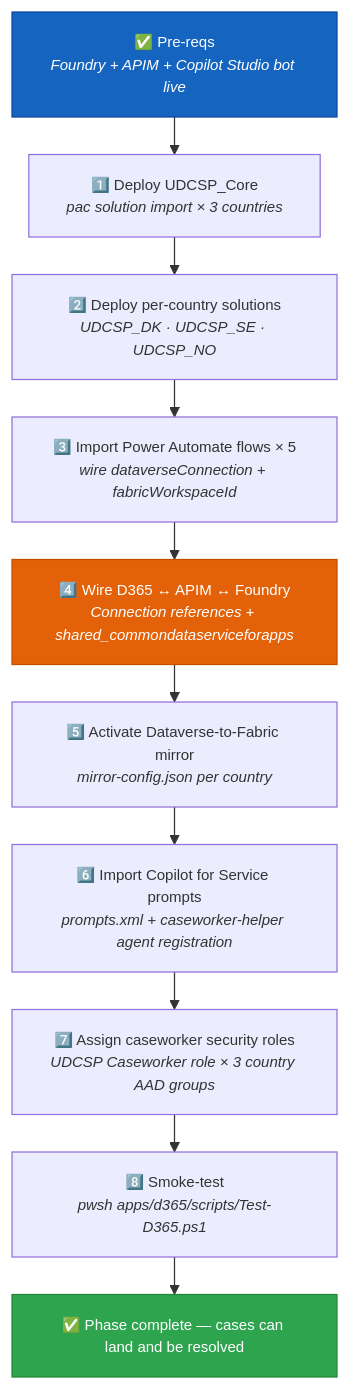
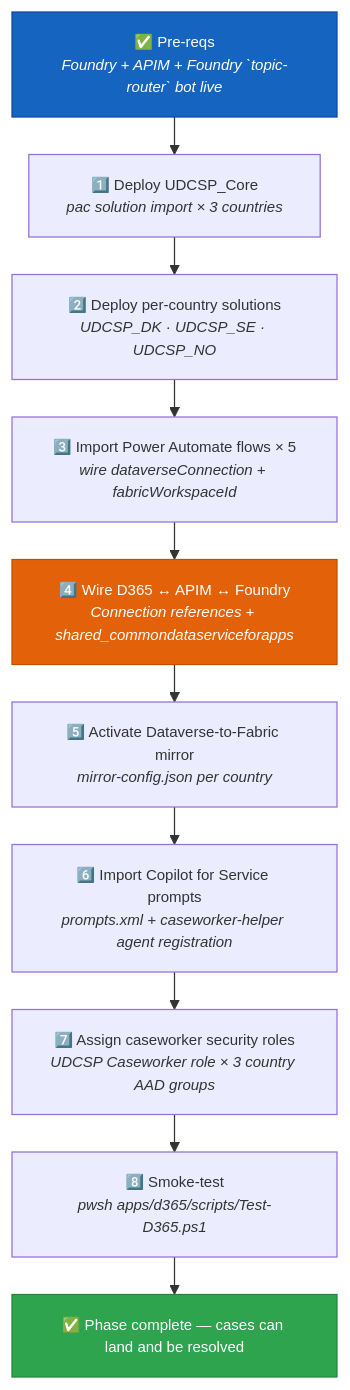
One commit to fredgis/UDCSP changed the fourth of 4 diagrams in docs/biz/caseworker.md. Above: the diagram before and after it, drawn with Mermaid. The commit also changed other lines of this file and 193 other files, not shown here.

````diff
--- a/docs/biz/caseworker.md
+++ b/docs/biz/caseworker.md
@@ -400,20 +403,20 @@
 ```mermaid
 %%{ init: { 'flowchart': { 'nodeSpacing': 25, 'rankSpacing': 30 }, 'themeVariables': { 'fontSize': '12px' } } }%%
 flowchart TB
-    P0["✅ Pre-reqs<br/><i>Foundry + APIM + Copilot Studio bot live</i>"]
+    P0["✅ Pre-reqs<br/><i>Foundry + APIM + Foundry `topic-router` bot live</i>"]
     P1["1️⃣ Deploy UDCSP_Core<br/><i>pac solution import × 3 countries</i>"]
     P2["2️⃣ Deploy per-country solutions<br/><i>UDCSP_DK · UDCSP_SE · UDCSP_NO</i>"]
     P3["3️⃣ Import Power Automate flows × 5<br/><i>wire dataverseConnection + fabricWorkspaceId</i>"]
     P4["4️⃣ Wire D365 ↔ APIM ↔ Foundry<br/><i>Connection references + shared_commondataserviceforapps</i>"]
     P5["5️⃣ Activate Dataverse-to-Fabric mirror<br/><i>mirror-config.json per country</i>"]
     P6["6️⃣ Import Copilot for Service prompts<br/><i>prompts.xml + caseworker-helper agent registration</i>"]
     P7["7️⃣ Assign caseworker security roles<br/><i>UDCSP Caseworker role × 3 country AAD groups</i>"]
     P8["8️⃣ Smoke-test<br/><i>pwsh apps/d365/scripts/Test-D365.ps1</i>"]
     P9["✅ Phase complete — cases can land and be resolved"]
 
     P0 --> P1 --> P2 --> P3 --> P4 --> P5 --> P6 --> P7 --> P8 --> P9
 
     style P0 fill:#1565c0,stroke:#0d47a1,color:#fff
     style P9 fill:#2ea44f,stroke:#238636,color:#fff
     style P4 fill:#e36209,stroke:#c24e00,color:#fff
 ```
````
